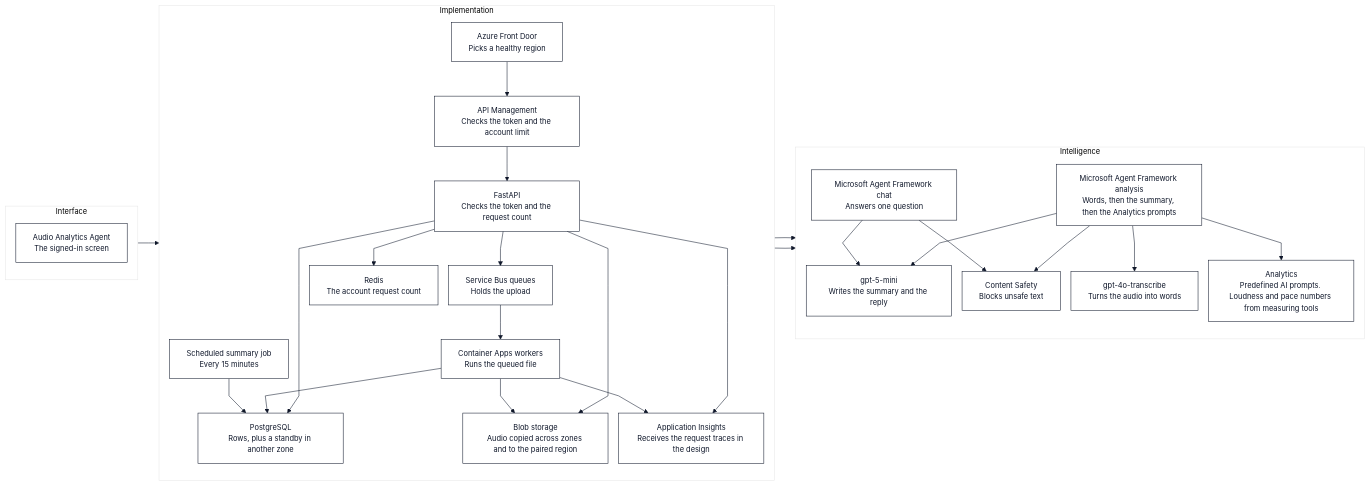
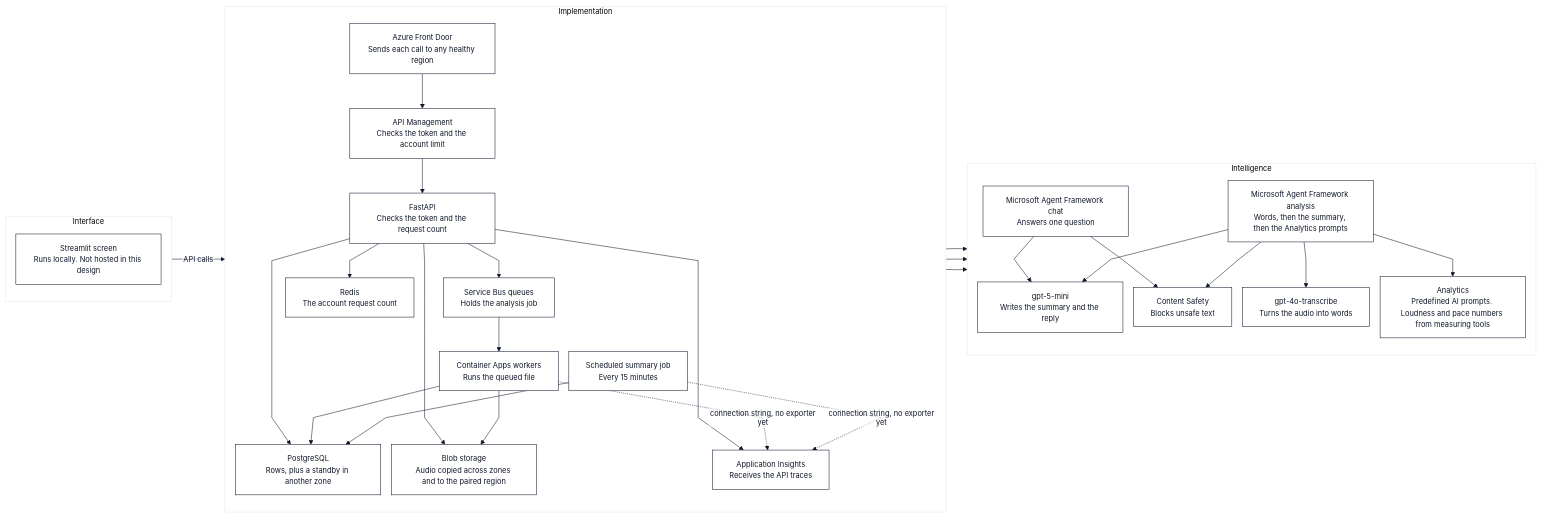
Before and after one commit to highprincezero/wn-voice-analytics: the first of 5 diagrams in docs/architecture.md, drawn with Mermaid. The commit also changed other lines of this file and 12 other files, not shown here.

````diff
--- a/docs/architecture.md
+++ b/docs/architecture.md
@@ -23,66 +23,68 @@
 ```mermaid
 %%{init: {"theme": "base", "themeVariables": {"fontFamily": "monospace", "fontSize": "14px", "primaryColor": "#ffffff", "primaryTextColor": "#0f172a", "primaryBorderColor": "#0f172a", "lineColor": "#0f172a", "background": "#ffffff"}, "flowchart": {"curve": "linear", "padding": 16, "nodeSpacing": 20, "rankSpacing": 40, "htmlLabels": false, "wrappingWidth": 210, "useMaxWidth": false}}}%%
 flowchart LR
   subgraph interfaceLayer ["Interface"]
     direction TB
-    UI["Audio Analytics Agent
-The signed-in screen"]
+    UI["Streamlit screen
+Runs locally. Not hosted in this design"]
   end
   subgraph implementationLayer ["Implementation"]
     direction TB
     FD["Azure Front Door
-Picks a healthy region"]
+Sends each call to any healthy region"]
     APIM["API Management
 Checks the token and the account limit"]
     API["FastAPI
 Checks the token and the request count"]
     SB["Service Bus queues
-Holds the upload"]
+Holds the analysis job"]
     WK["Container Apps workers
 Runs the queued file"]
     JOB["Scheduled summary job
 Every 15 minutes"]
     PG["PostgreSQL
 Rows, plus a standby in another zone"]
     BLOB["Blob storage
 Audio copied across zones and to the paired region"]
     CACHE["Redis
 The account request count"]
     OBS["Application Insights
-Receives the request traces in the design"]
+Receives the API traces"]
     FD --> APIM --> API
     API --> SB --> WK
     API --> CACHE
     API --> PG
     API --> BLOB
     API --> OBS
     WK --> PG
     WK --> BLOB
-    WK --> OBS
+    WK -.->|"connection string, no exporter yet"| OBS
     JOB --> PG
+    JOB -.->|"connection string, no exporter yet"| OBS
   end
   subgraph intelligenceLayer ["Intelligence"]
     direction TB
     CHAT["Microsoft Agent Framework chat
 Answers one question"]
     LG["Microsoft Agent Framework analysis
 Words, then the summary, then the Analytics prompts"]
     STT["gpt-4o-transcribe
 Turns the audio into words"]
     LLM["gpt-5-mini
 Writes the summary and the reply"]
     CS["Content Safety
 Blocks unsafe text"]
     FEAT["Analytics
 Predefined AI prompts. Loudness and pace numbers from measuring tools"]
     CHAT --> LLM
     CHAT --> CS
     LG --> STT
     LG --> LLM
     LG --> CS
     LG --> FEAT
   end
-  UI --> FD
+  UI -->|"API calls"| FD
   API --> CHAT
   WK --> LG
+  JOB --> LLM
 ```
````
